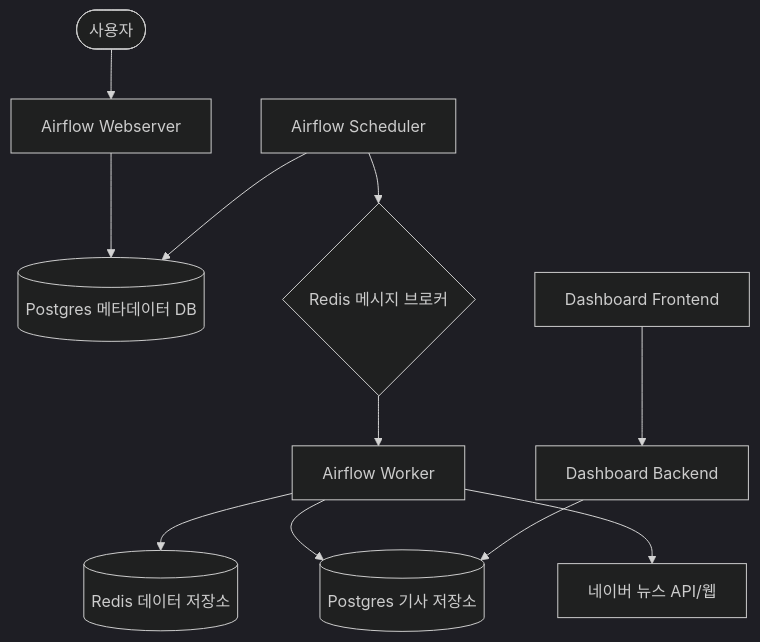
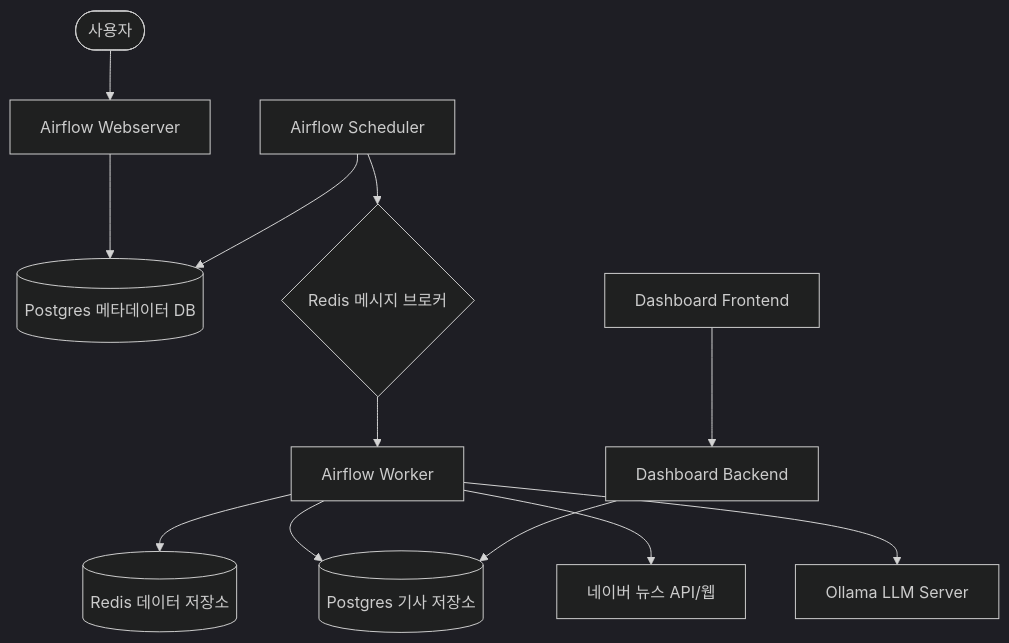
Before and after one commit to kwangwan/pipeline: the diagram in ARCHITECTURE.md, drawn with Mermaid (dark theme). The commit also changed other lines of this file and 8 other files, not shown here.

Commit message:
feat: implement article summarization (Ollama/Gemma3) and enhance dashboard with flexible time-series chart

````diff
--- a/ARCHITECTURE.md
+++ b/ARCHITECTURE.md
@@ -9,14 +9,15 @@
 ```mermaid
 graph TD
     User([사용자]) --> Webserver[Airflow Webserver]
     Webserver --> DB[(Postgres 메타데이터 DB)]
     Scheduler[Airflow Scheduler] --> DB
     Scheduler --> RedisBroker{Redis 메시지 브로커}
     RedisBroker --> Worker[Airflow Worker]
     Worker --> RedisStore[(Redis 데이터 저장소)]
     Worker --> NewsDB[(Postgres 기사 저장소)]
     Worker --> NaverNews[네이버 뉴스 API/웹]
+    Worker --> Ollama[Ollama LLM Server]
     
     DashboardFE[Dashboard Frontend] --> DashboardBE[Dashboard Backend]
     DashboardBE --> NewsDB
 ```
````
